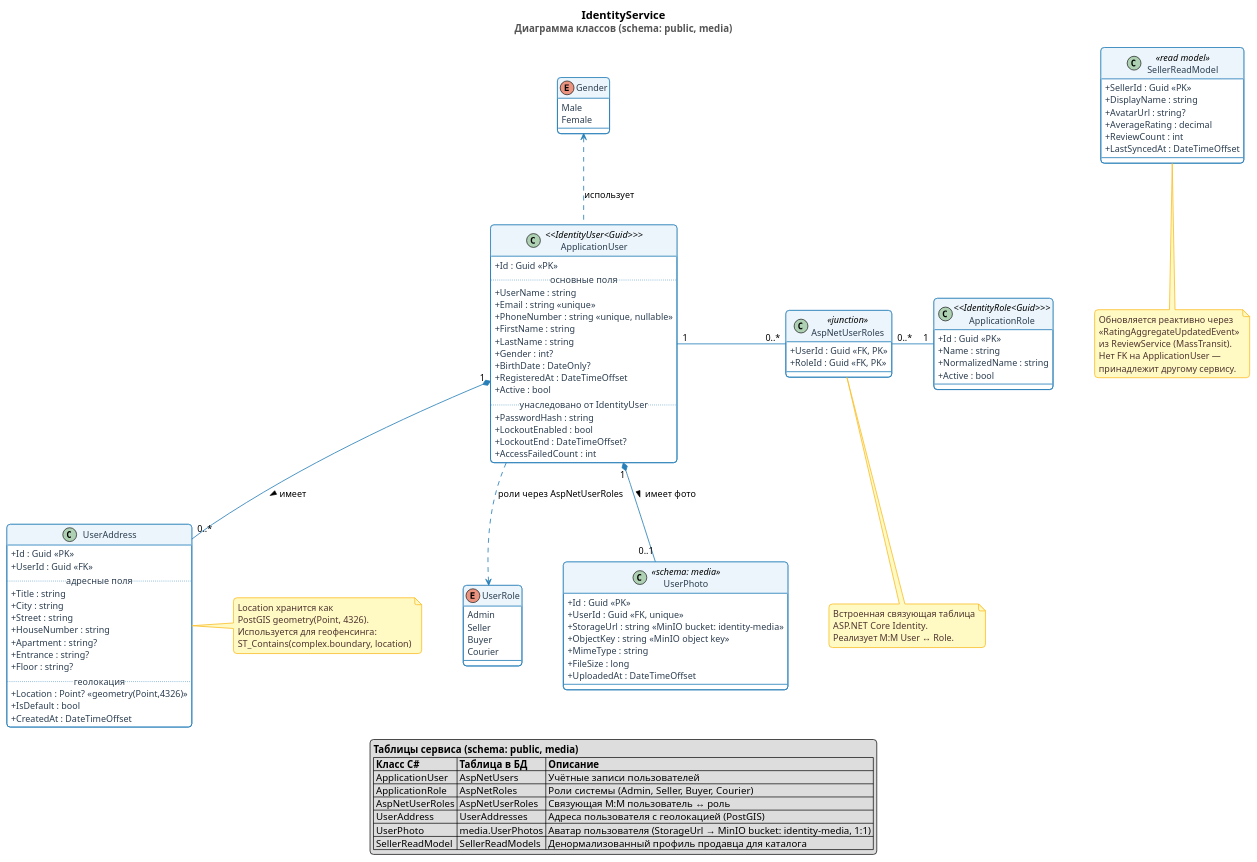
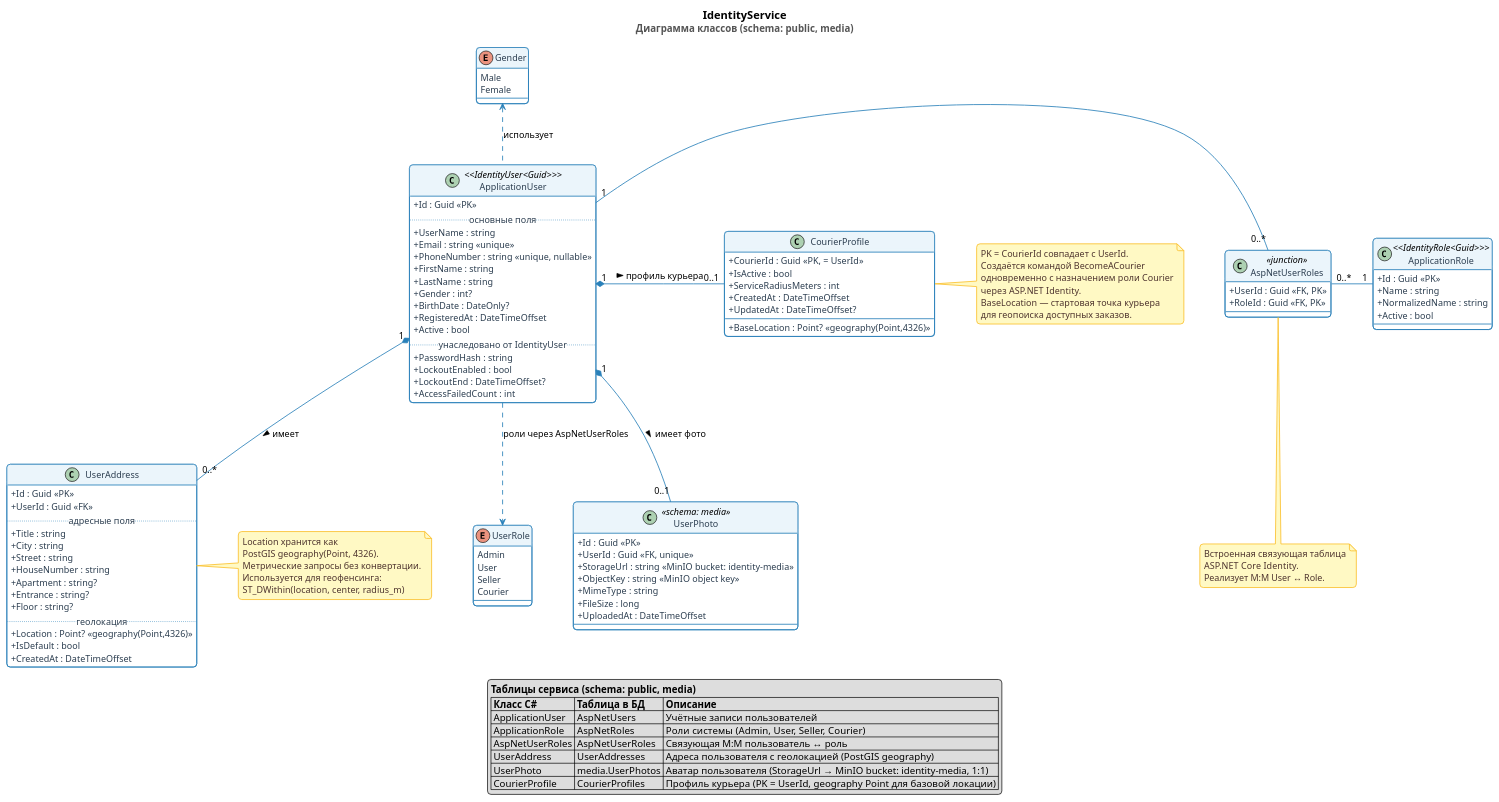
One commit to LocMp-olegg/LocalMarketplace changed the diagram in docs/diagrams/identity-service.puml. Above: the diagram before and after it, drawn with PlantUML. The commit also changed 11 other files, not shown here.

```diff
--- a/docs/diagrams/identity-service.puml
+++ b/docs/diagrams/identity-service.puml
@@ -1,178 +1,181 @@
 @startuml identity-service
 title <size:16><b>IdentityService</b></size>\n<color:#555>Диаграмма классов (schema: public, media)</color>
 
 ' ─── Глобальные настройки стиля ──────────────────────────────────────────────
 skinparam defaultFontName "Segoe UI", Arial, sans-serif
 skinparam defaultFontSize 13
 skinparam roundcorner 10
 skinparam shadowing false
 skinparam classAttributeIconSize 0
 skinparam nodesep 60
 skinparam ranksep 70
 
 ' ─── Стили для классов ───────────────────────────────────────────────────────
 skinparam class {
     BackgroundColor White
     HeaderBackgroundColor #EBF5FB
     BorderColor #2980B9
     BorderThickness 1.2
     ArrowColor #2980B9
     ArrowThickness 1.2
     AttributeFontColor #2C3E50
 }
 
 ' ─── Стили для перечислений (Enums) ──────────────────────────────────────────
 skinparam enum {
     BackgroundColor White
     HeaderBackgroundColor #EAFAF1
     BorderColor #27AE60
     BorderThickness 1.2
 }
 
 ' ─── Стили для заметок ───────────────────────────────────────────────────────
 skinparam note {
     BackgroundColor #FFF9C4
     BorderColor #FBC02D
     FontColor #4E342E
     BorderThickness 1.2
     roundcorner 6
 }
 
 ' Кастомные цвета для дефолтных иконок стереотипов (C, A, E, I)
 skinparam stereotypeCBackgroundColor #D6EAF8
 skinparam stereotypeABackgroundColor #FDEBD0
 skinparam stereotypeEBackgroundColor #D5F5E3
 
 ' ─── Enums ───────────────────────────────────────────────────────────────────
 
 enum Gender {
     Male
     Female
 }
 
 enum UserRole {
     Admin
+    User
     Seller
-    Buyer
     Courier
 }
 
 ' ─── Core Entities ───────────────────────────────────────────────────────────
 
 class ApplicationUser <<IdentityUser<Guid>>> {
     + Id : Guid <<PK>>
     ..основные поля..
     + UserName : string
     + Email : string <<unique>>
     + PhoneNumber : string <<unique, nullable>>
     + FirstName : string
     + LastName : string
     + Gender : int?
     + BirthDate : DateOnly?
     + RegisteredAt : DateTimeOffset
     + Active : bool
     ..унаследовано от IdentityUser..
     + PasswordHash : string
     + LockoutEnabled : bool
     + LockoutEnd : DateTimeOffset?
     + AccessFailedCount : int
 }
 
 class ApplicationRole <<IdentityRole<Guid>>> {
     + Id : Guid <<PK>>
     + Name : string
     + NormalizedName : string
     + Active : bool
 }
 
 class AspNetUserRoles <<junction>> {
     + UserId : Guid <<FK, PK>>
     + RoleId : Guid <<FK, PK>>
 }
 
 class UserAddress {
     + Id : Guid <<PK>>
     + UserId : Guid <<FK>>
     ..адресные поля..
     + Title : string
     + City : string
     + Street : string
     + HouseNumber : string
     + Apartment : string?
     + Entrance : string?
     + Floor : string?
     ..геолокация..
-    + Location : Point? <<geometry(Point,4326)>>
+    + Location : Point? <<geography(Point,4326)>>
     + IsDefault : bool
     + CreatedAt : DateTimeOffset
 }
 
 class UserPhoto <<schema: media>> {
     + Id : Guid <<PK>>
     + UserId : Guid <<FK, unique>>
     + StorageUrl : string <<MinIO bucket: identity-media>>
     + ObjectKey : string <<MinIO object key>>
     + MimeType : string
     + FileSize : long
     + UploadedAt : DateTimeOffset
 }
 
-' ─── Read Models ──────────────────────────────────────────────────────────────
+' ─── CourierProfile ───────────────────────────────────────────────────────────
 
-class SellerReadModel <<read model>> {
-    + SellerId : Guid <<PK>>
-    + DisplayName : string
-    + AvatarUrl : string?
-    + AverageRating : decimal
-    + ReviewCount : int
-    + LastSyncedAt : DateTimeOffset
+class CourierProfile {
+    + CourierId : Guid <<PK, = UserId>>
+    + IsActive : bool
+    + ServiceRadiusMeters : int
+    + BaseLocation : Point? <<geography(Point,4326)>>
+    + CreatedAt : DateTimeOffset
+    + UpdatedAt : DateTimeOffset?
 }
 
 ' ─── Relationships ────────────────────────────────────────────────────────────
 
 ApplicationUser "1" *-down- "0..*" UserAddress : имеет >
 ApplicationUser "1" *-down- "0..1" UserPhoto : имеет фото >
+ApplicationUser "1" *-right- "0..1" CourierProfile : профиль курьера >
 ApplicationUser "1" -right- "0..*" AspNetUserRoles
 ApplicationRole "1" -left- "0..*" AspNetUserRoles
 
 ApplicationUser .up.> Gender : использует
 ApplicationUser ..> UserRole : роли через AspNetUserRoles
 
 ' ─── Notes ───────────────────────────────────────────────────────────────────
 
-note bottom of SellerReadModel
-  Обновляется реактивно через
-  <<RatingAggregateUpdatedEvent>>
-  из ReviewService (MassTransit).
-  Нет FK на ApplicationUser —
-  принадлежит другому сервису.
+note right of CourierProfile
+  PK = CourierId совпадает с UserId.
+  Создаётся командой BecomeACourier
+  одновременно с назначением роли Courier
+  через ASP.NET Identity.
+  BaseLocation — стартовая точка курьера
+  для геопоиска доступных заказов.
 end note
 
 note right of UserAddress
   Location хранится как
-  PostGIS geometry(Point, 4326).
+  PostGIS geography(Point, 4326).
+  Метрические запросы без конвертации.
   Используется для геофенсинга:
-  ST_Contains(complex.boundary, location)
+  ST_DWithin(location, center, radius_m)
 end note
 
 note bottom of AspNetUserRoles
   Встроенная связующая таблица
   ASP.NET Core Identity.
   Реализует M:M User ↔ Role.
 end note
 
 
 ' ─── Сводная таблица сущностей ───────────────────────────────────────────────
 
 legend bottom
   <b>Таблицы сервиса (schema: public, media)</b>
   |= Класс C# |= Таблица в БД |= Описание |
   | ApplicationUser | AspNetUsers | Учётные записи пользователей |
-  | ApplicationRole | AspNetRoles | Роли системы (Admin, Seller, Buyer, Courier) |
+  | ApplicationRole | AspNetRoles | Роли системы (Admin, User, Seller, Courier) |
   | AspNetUserRoles | AspNetUserRoles | Связующая M:M пользователь ↔ роль |
-  | UserAddress | UserAddresses | Адреса пользователя с геолокацией (PostGIS) |
+  | UserAddress | UserAddresses | Адреса пользователя с геолокацией (PostGIS geography) |
   | UserPhoto | media.UserPhotos | Аватар пользователя (StorageUrl → MinIO bucket: identity-media, 1:1) |
-  | SellerReadModel | SellerReadModels | Денормализованный профиль продавца для каталога |
+  | CourierProfile | CourierProfiles | Профиль курьера (PK = UserId, geography Point для базовой локации) |
 endlegend
 
 @enduml
```
